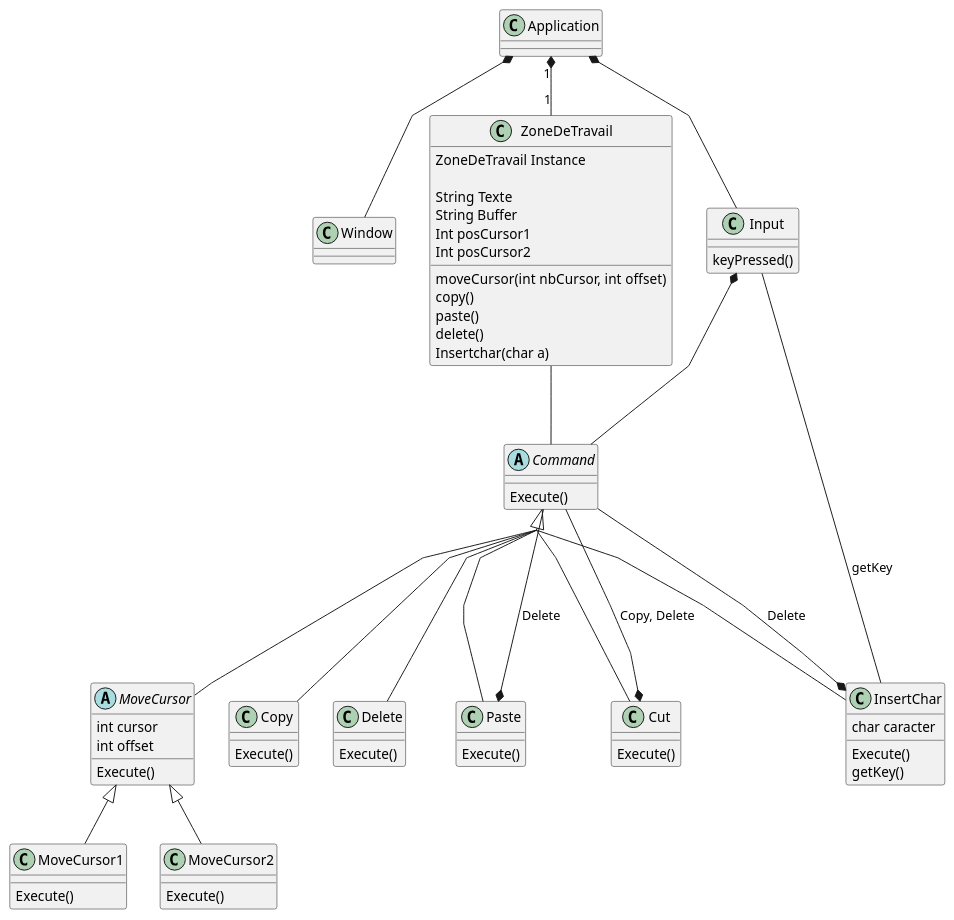
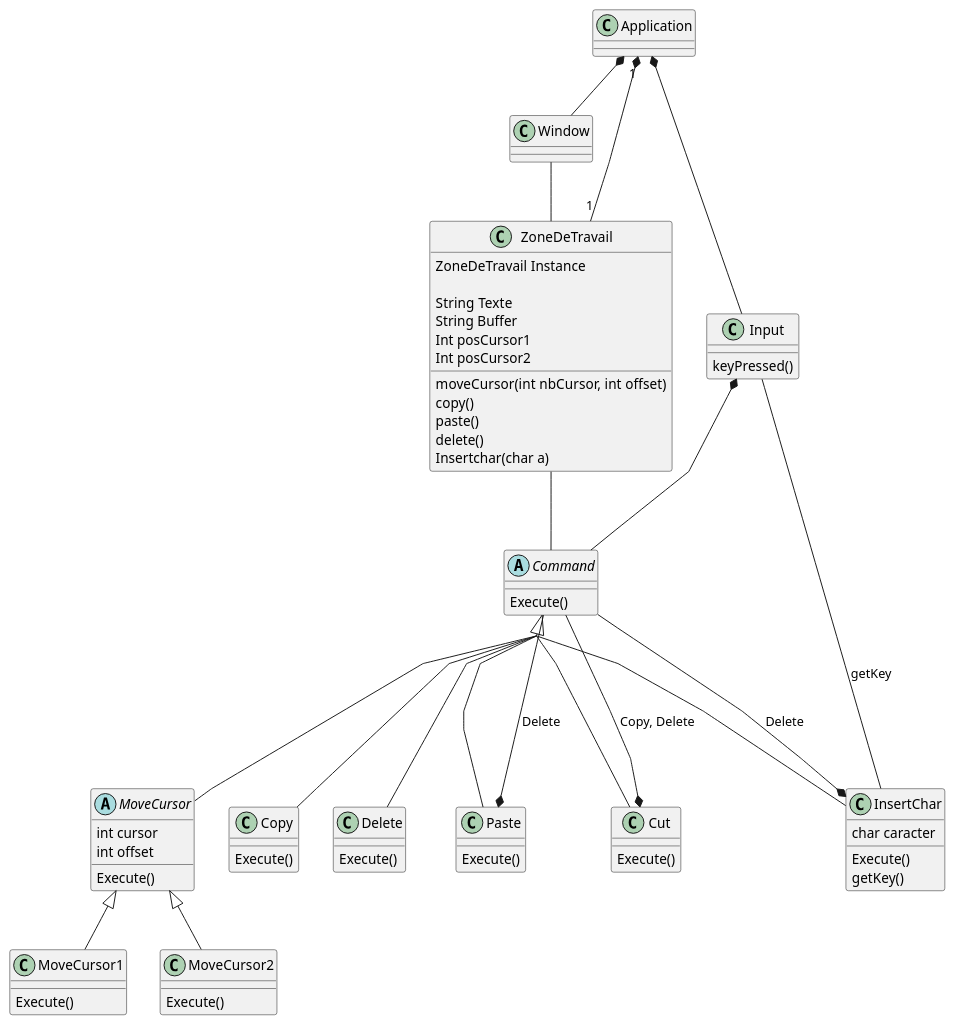
One commit to Emeraudia/ESIR2_Dracer changed the diagram in OMD/TP2/classV1.1.wsd. Above: the diagram before and after it, drawn with PlantUML. The commit also changed 2 other files, not shown here.

```diff
--- a/OMD/TP2/classV1.1.wsd
+++ b/OMD/TP2/classV1.1.wsd
@@ -1,94 +1,95 @@
 @startuml classDiagram
 skinparam groupInheritance 4
 skinparam Linetype polyline
 
 
 class Application {
  
 }
 
 class Window {
 
 }
 
 class ZoneDeTravail {
     ZoneDeTravail Instance
 
     String Texte
     String Buffer
     Int posCursor1
     Int posCursor2
 
     moveCursor(int nbCursor, int offset)
     copy()
     paste()
     delete()
     Insertchar(char a)
 }
 
 class Input {
     keyPressed()
 }
 
 abstract Command {
     Execute()
 }
 
 abstract MoveCursor {
     int cursor
     int offset
     Execute()
 }
 
 class MoveCursor1 {
     Execute()
 }
 class MoveCursor2 {
     Execute()
 }
 
 class Copy {
     Execute()
 }
 
 class Delete{
     Execute()
 }
 
 class Paste {
     Execute()
 }
 
 class Cut {
     Execute()
 }
 
 class InsertChar {
     char caracter
     Execute()
     getKey()
 }
 
 Application "1" *-- "1" ZoneDeTravail
 Application *-- Input
 Application *-- Window
 Input *-- Command
 ZoneDeTravail -- Command
 
 Command <|--- MoveCursor
 Command <|--- Delete
 Command <|--- Copy
 
 Command <|--- Paste
 Command <|--- Cut
 Command <|--- InsertChar
 
 MoveCursor <|-- MoveCursor1
 MoveCursor <|-- MoveCursor2
 
 Command --* Cut : Copy, Delete
 Command --* InsertChar : Delete
 Command --* Paste : Delete
 Input -- InsertChar : getKey
+Window -- ZoneDeTravail
 
 @enduml
```
